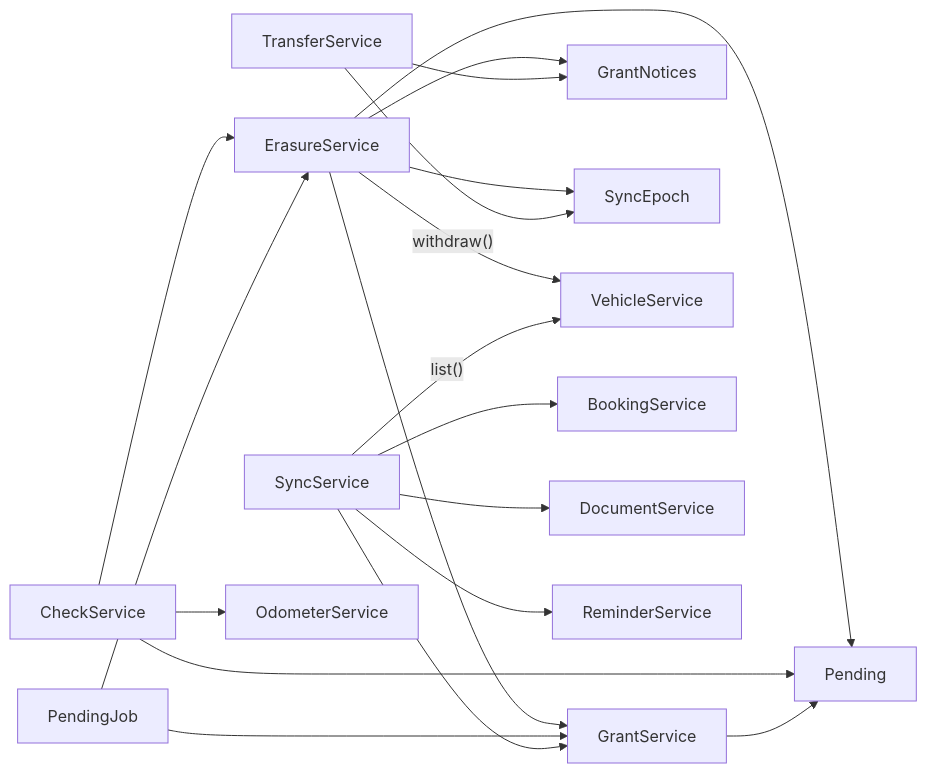
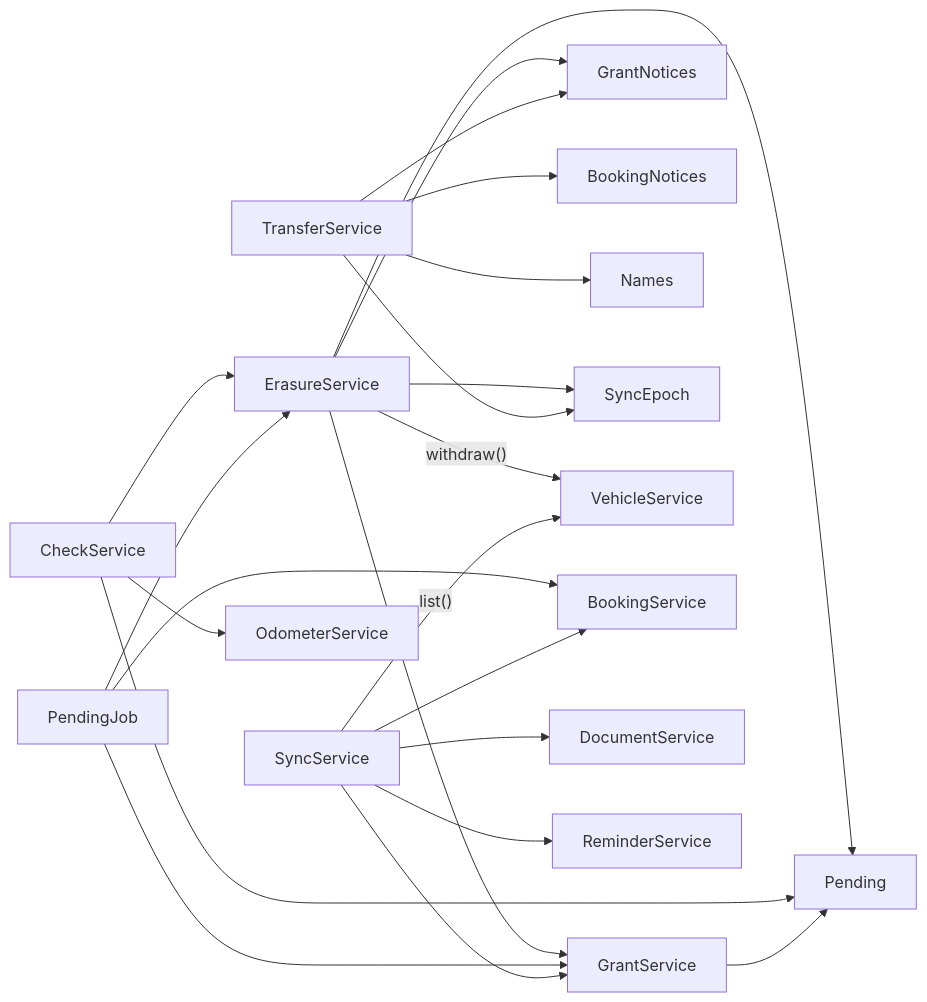
One commit to typical42/next-fleet changed the sixth of 11 diagrams in docs/design/components.md. Above: the diagram before and after it, drawn with Mermaid. The commit also changed other lines of this file and 117 other files, not shown here.

````diff
--- a/docs/design/components.md
+++ b/docs/design/components.md
@@ -190,25 +193,27 @@
 ```mermaid
 flowchart LR
     Erasure["ErasureService"]
     Transfer["TransferService"]
     Check["CheckService"]
     Sync["SyncService"]
     PendingJob["PendingJob"]
     Grant["GrantService"]
     GrantNotices["GrantNotices"]
+    BookingNotices["BookingNotices"]
+    Names["Names"]
     Pending["Pending"]
     Epoch["SyncEpoch"]
     Vehicle["VehicleService"]
     Odometer["OdometerService"]
     Booking["BookingService"]
     Document["DocumentService"]
     Reminder["ReminderService"]
     Erasure --> Grant & GrantNotices & Pending & Epoch
     Erasure -->|"withdraw()"| Vehicle
-    Transfer --> GrantNotices & Epoch
+    Transfer --> GrantNotices & BookingNotices & Names & Epoch
     Check --> Erasure & Odometer & Pending
     Grant --> Pending
-    PendingJob --> Erasure & Grant
+    PendingJob --> Erasure & Grant & Booking
     Sync -->|"list()"| Vehicle
     Sync --> Grant & Booking & Document & Reminder
 ```
````
